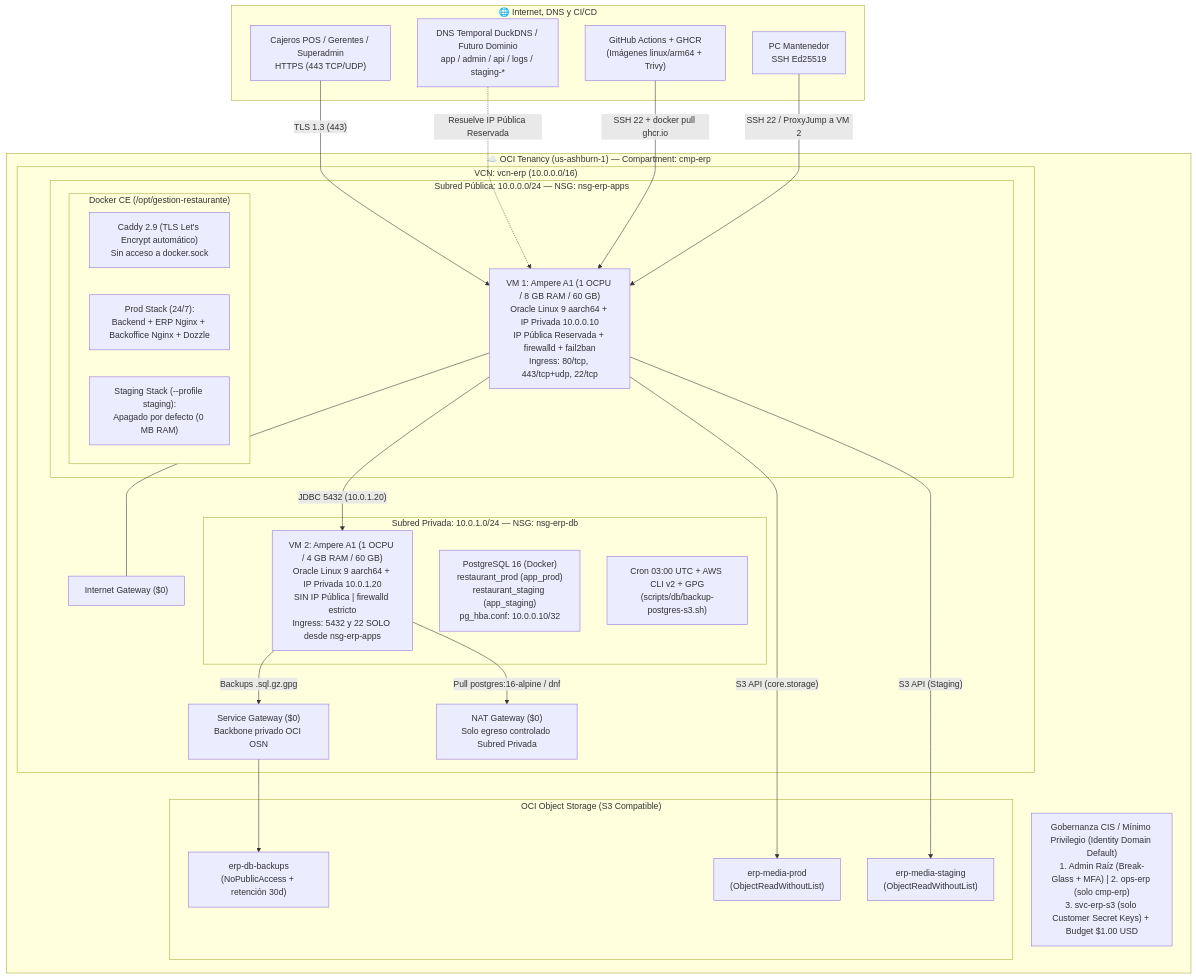
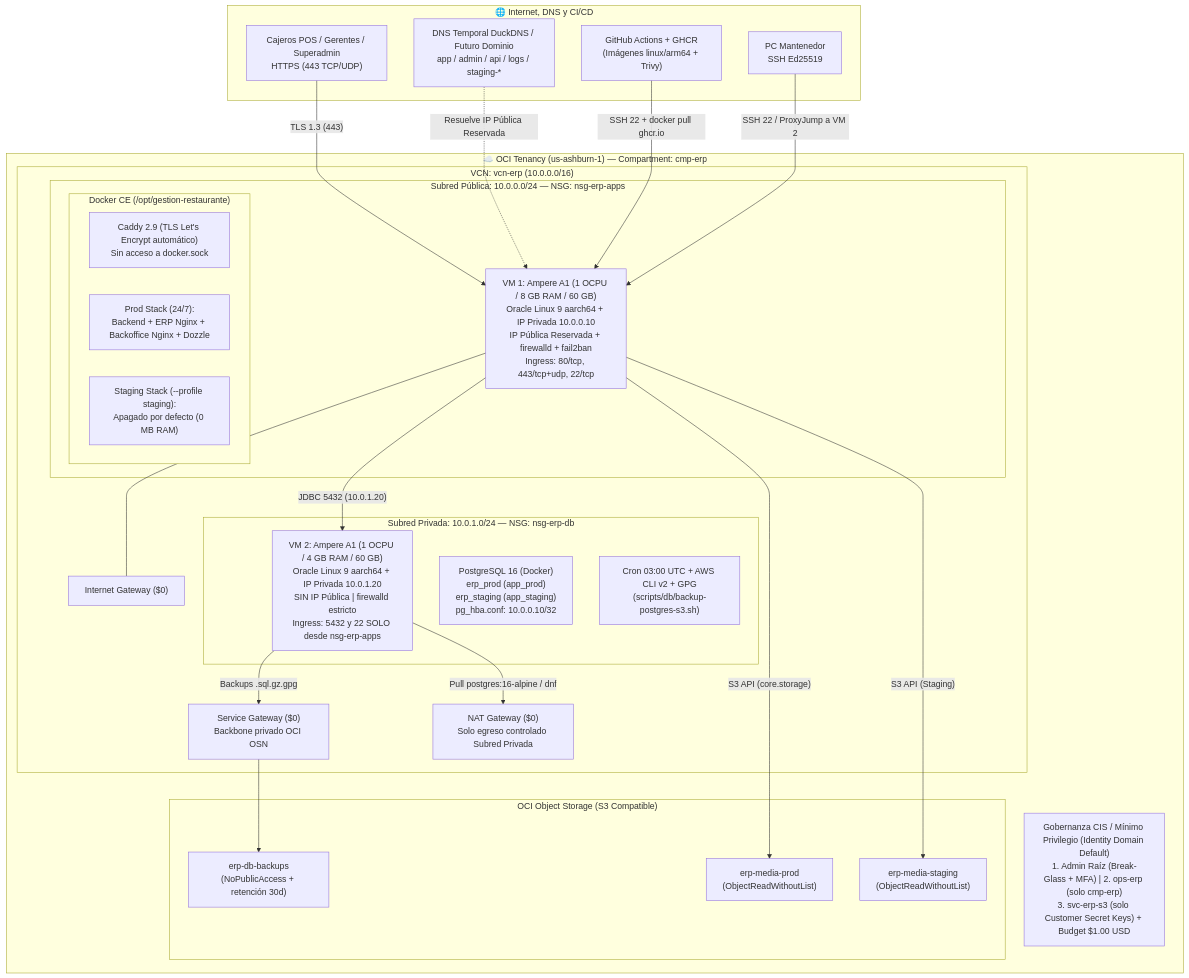
The diagram in docs/project/architecture/01-c4-system/deployment_oci_topology.md (vakajose/gestion-restaurante), drawn with Mermaid before and after one commit. The commit also changed other lines of this file and 13 other files, not shown here.

Commit message:
chore(infra): actualizar BDs erp_prod/erp_staging, hardening postgres-vm2, fix backup peer auth y runbook OCI

````diff
--- a/docs/project/architecture/01-c4-system/deployment_oci_topology.md
+++ b/docs/project/architecture/01-c4-system/deployment_oci_topology.md
@@ -25,52 +25,52 @@
 ```mermaid
 flowchart TB
     subgraph External["🌐 Internet, DNS y CI/CD"]
         CLIENT["Cajeros POS / Gerentes / Superadmin<br/>HTTPS (443 TCP/UDP)"]
         DNS["DNS Temporal DuckDNS / Futuro Dominio<br/>app / admin / api / logs / staging-*"]
         GH["GitHub Actions + GHCR<br/>(Imágenes linux/arm64 + Trivy)"]
         ADMIN["PC Mantenedor<br/>SSH Ed25519"]
     end
 
     subgraph OCI["☁️ OCI Tenancy (us-ashburn-1) — Compartment: cmp-erp"]
         GOV["Gobernanza CIS / Mínimo Privilegio (Identity Domain Default)<br/>1. Admin Raíz (Break-Glass + MFA) | 2. ops-erp (solo cmp-erp)<br/>3. svc-erp-s3 (solo Customer Secret Keys) + Budget $1.00 USD"]
 
         subgraph VCN["VCN: vcn-erp (10.0.0.0/16)"]
             IGW["Internet Gateway ($0)"]
             NAT["NAT Gateway ($0)<br/>Solo egreso controlado Subred Privada"]
             SGW["Service Gateway ($0)<br/>Backbone privado OCI OSN"]
 
             subgraph PUB["Subred Pública: 10.0.0.0/24 — NSG: nsg-erp-apps"]
                 VM1["VM 1: Ampere A1 (1 OCPU / 8 GB RAM / 60 GB)<br/>Oracle Linux 9 aarch64 + IP Privada 10.0.0.10<br/>IP Pública Reservada + firewalld + fail2ban<br/>Ingress: 80/tcp, 443/tcp+udp, 22/tcp"]
                 subgraph STACK1["Docker CE (/opt/gestion-restaurante)"]
                     CADDY["Caddy 2.9 (TLS Let's Encrypt automático)<br/>Sin acceso a docker.sock"]
                     PROD["Prod Stack (24/7):<br/>Backend + ERP Nginx + Backoffice Nginx + Dozzle"]
                     STG["Staging Stack (--profile staging):<br/>Apagado por defecto (0 MB RAM)"]
                 end
             end
 
             subgraph PRIV["Subred Privada: 10.0.1.0/24 — NSG: nsg-erp-db"]
                 VM2["VM 2: Ampere A1 (1 OCPU / 4 GB RAM / 60 GB)<br/>Oracle Linux 9 aarch64 + IP Privada 10.0.1.20<br/>SIN IP Pública | firewalld estricto<br/>Ingress: 5432 y 22 SOLO desde nsg-erp-apps"]
-                PG16["PostgreSQL 16 (Docker)<br/>restaurant_prod (app_prod)<br/>restaurant_staging (app_staging)<br/>pg_hba.conf: 10.0.0.10/32"]
+                PG16["PostgreSQL 16 (Docker)<br/>erp_prod (app_prod)<br/>erp_staging (app_staging)<br/>pg_hba.conf: 10.0.0.10/32"]
                 BAK["Cron 03:00 UTC + AWS CLI v2 + GPG<br/>(scripts/db/backup-postgres-s3.sh)"]
             end
         end
 
         subgraph OS["OCI Object Storage (S3 Compatible)"]
             B_MEDIA_P["erp-media-prod<br/>(ObjectReadWithoutList)"]
             B_MEDIA_S["erp-media-staging<br/>(ObjectReadWithoutList)"]
             B_BAK["erp-db-backups<br/>(NoPublicAccess + retención 30d)"]
         end
     end
 
     CLIENT -->|"TLS 1.3 (443)"| VM1
     DNS -.->|"Resuelve IP Pública Reservada"| VM1
     GH -->|"SSH 22 + docker pull ghcr.io"| VM1
     ADMIN -->|"SSH 22 / ProxyJump a VM 2"| VM1
 
     VM1 --- IGW
     VM1 -->|"JDBC 5432 (10.0.1.20)"| VM2
     VM1 -->|"S3 API (core.storage)"| B_MEDIA_P
     VM1 -->|"S3 API (Staging)"| B_MEDIA_S
     VM2 -->|"Backups .sql.gz.gpg"| SGW --> B_BAK
     VM2 -->|"Pull postgres:16-alpine / dnf"| NAT
 ```
````
